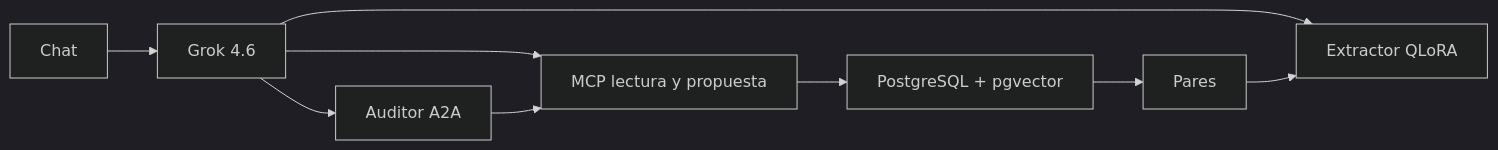
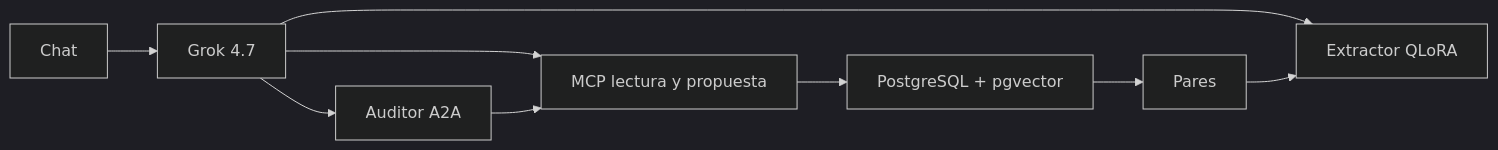
One commit to david-botero10/proyecto-final-nlp-eafit changed the diagram in informe/PRESENTACION.md. Above: the diagram before and after it, drawn with Mermaid (dark theme). The commit also changed other lines of this file and 5 other files, not shown here.

````diff
--- a/informe/PRESENTACION.md
+++ b/informe/PRESENTACION.md
@@ -64,11 +64,11 @@
 ```mermaid
 flowchart LR
-    UI["Chat"] --> AS["Grok 4.6"]
+    UI["Chat"] --> AS["Grok 4.7"]
     AS --> MCP["MCP lectura y propuesta"]
     AS --> AUD["Auditor A2A"]
     MCP --> PG["PostgreSQL + pgvector"]
     AUD --> MCP
     AS --> EXT["Extractor QLoRA"]
     PG --> DPO["Pares"]
     DPO --> EXT
 ```
````
